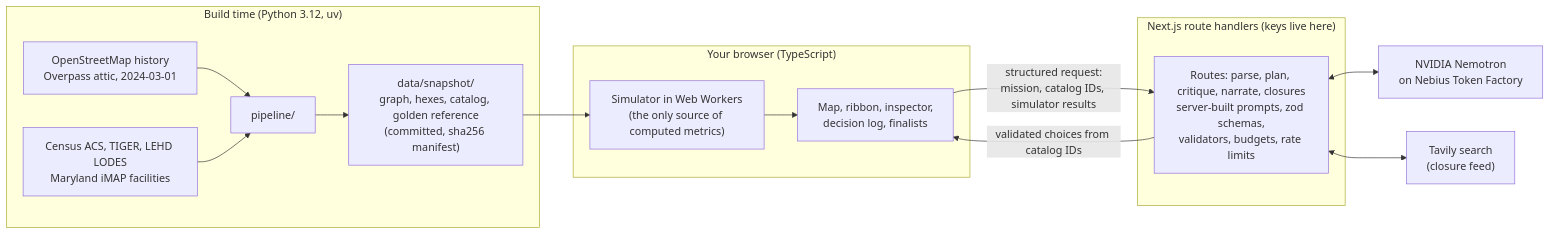
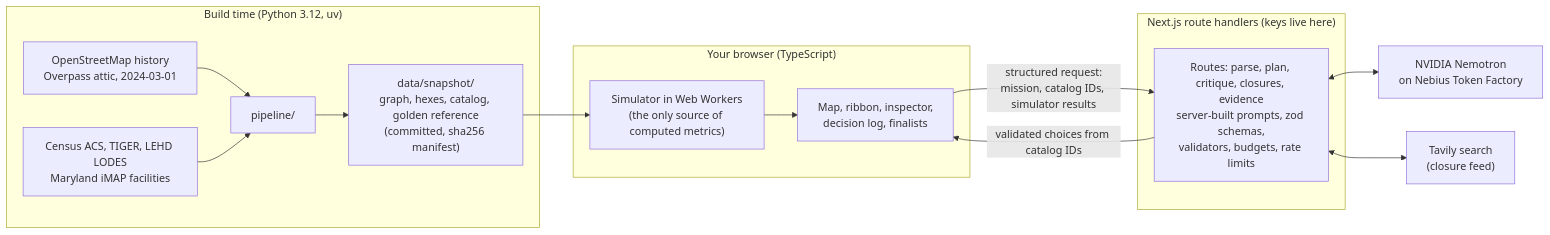
One commit to Rickygole/worldseed changed the diagram in README.md. Above: the diagram before and after it, drawn with Mermaid. The commit also changed other lines of this file and 3 other files, not shown here.

````diff
--- a/README.md
+++ b/README.md
@@ -86,24 +86,24 @@
 ```mermaid
 flowchart LR
   subgraph Build["Build time (Python 3.12, uv)"]
     OSM["OpenStreetMap history<br/>Overpass attic, 2024-03-01"] --> P["pipeline/"]
     CEN["Census ACS, TIGER, LEHD LODES<br/>Maryland iMAP facilities"] --> P
     P --> SNAP["data/snapshot/<br/>graph, hexes, catalog, golden reference<br/>(committed, sha256 manifest)"]
   end
 
   subgraph Browser["Your browser (TypeScript)"]
     SIM["Simulator in Web Workers<br/>(the only source of computed metrics)"]
     UI["Map, ribbon, inspector,<br/>decision log, finalists"]
     SNAP --> SIM
     SIM --> UI
   end
 
   subgraph Server["Next.js route handlers (keys live here)"]
-    RT["Routes: parse, plan, critique, narrate, closures<br/>server-built prompts, zod schemas,<br/>validators, budgets, rate limits"]
+    RT["Routes: parse, plan, critique, closures, evidence<br/>server-built prompts, zod schemas,<br/>validators, budgets, rate limits"]
   end
 
   UI -- "structured request:<br/>mission, catalog IDs, simulator results" --> RT
   RT -- "validated choices from catalog IDs" --> UI
   RT <--> TF["NVIDIA Nemotron<br/>on Nebius Token Factory"]
   RT <--> TV["Tavily search<br/>(closure feed)"]
 ```
````
